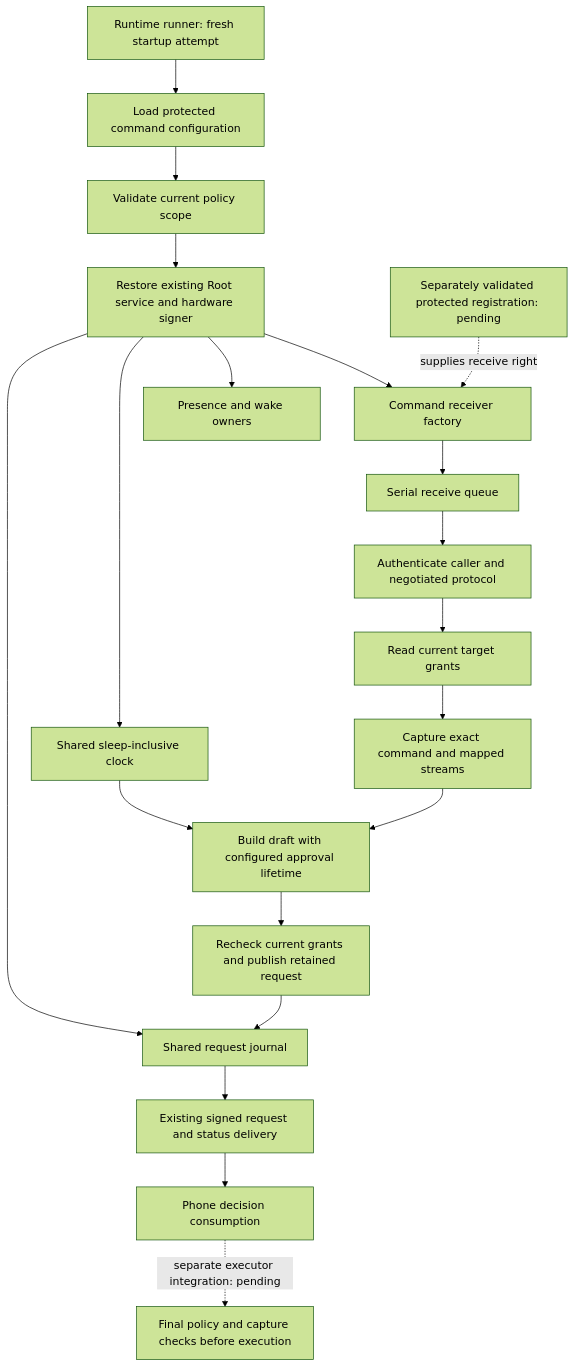
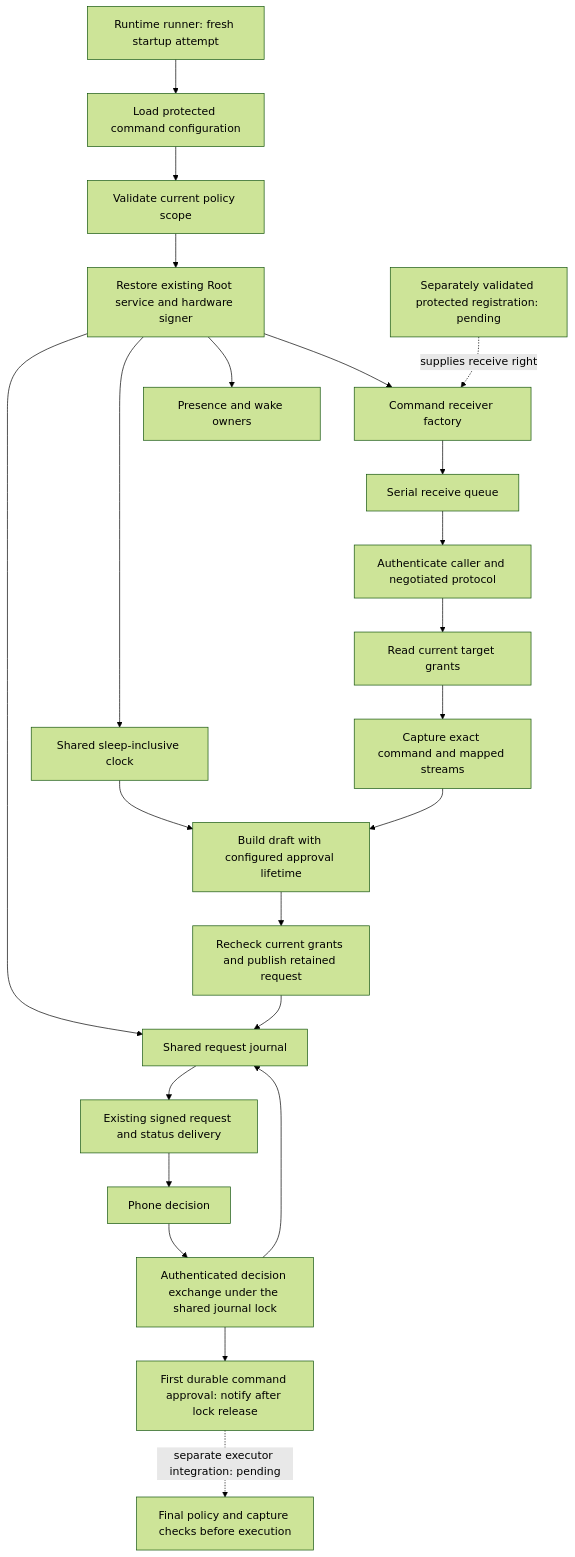
Before and after one commit to fourlastor/remozio: the diagram in docs/macos-configured-command-runtime.md, drawn with Mermaid (forest theme). The commit also changed other lines of this file and 8 other files, not shown here.

First line of the commit message:
Notify trusted command scheduling after durable approval (#306)

````diff
--- a/docs/macos-configured-command-runtime.md
+++ b/docs/macos-configured-command-runtime.md
@@ -7,22 +7,25 @@
 ```mermaid
 flowchart TD
     R[Runtime runner: fresh startup attempt] --> C[Load protected command configuration]
     C --> P[Validate current policy scope]
     P --> S[Restore existing Root service and hardware signer]
     S --> J[Shared request journal]
     S --> K[Shared sleep-inclusive clock]
     S --> W[Presence and wake owners]
     S --> F[Command receiver factory]
     I[Separately validated protected registration: pending] -. supplies receive right .-> F
     F --> Q[Serial receive queue]
     Q --> A[Authenticate caller and negotiated protocol]
     A --> G[Read current target grants]
     G --> X[Capture exact command and mapped streams]
     X --> D[Build draft with configured approval lifetime]
     K --> D
     D --> V[Recheck current grants and publish retained request]
     V --> J
     J --> N[Existing signed request and status delivery]
-    N --> B[Phone decision consumption]
-    B -. separate executor integration: pending .-> E[Final policy and capture checks before execution]
+    N --> B[Phone decision]
+    B --> H[Authenticated decision exchange under the shared journal lock]
+    H --> J
+    H --> U[First durable command approval: notify after lock release]
+    U -. separate executor integration: pending .-> E[Final policy and capture checks before execution]
 ```
````
